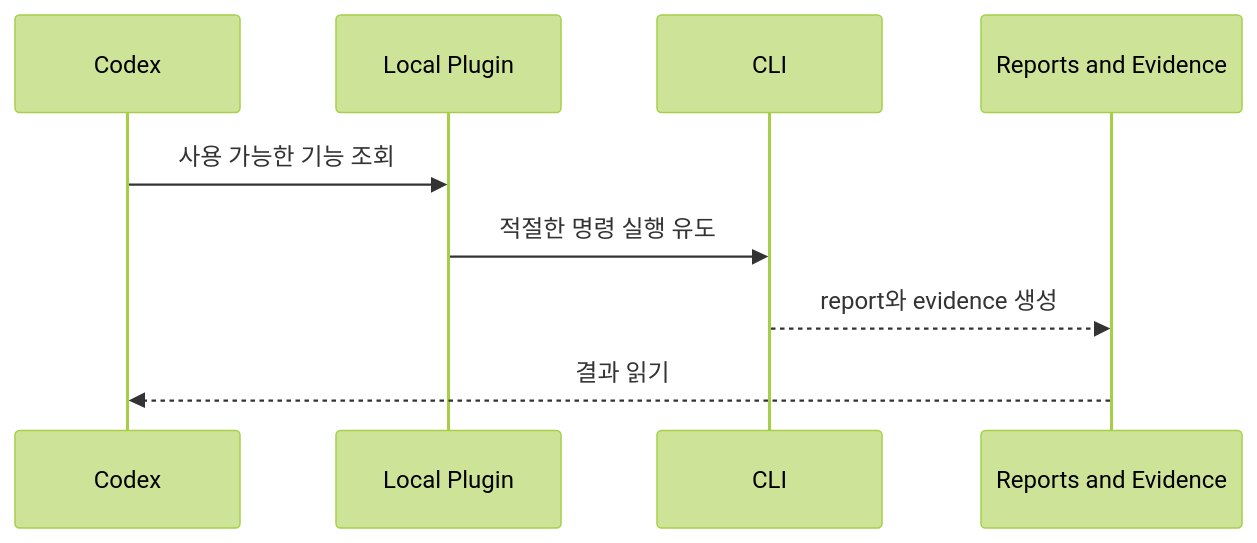
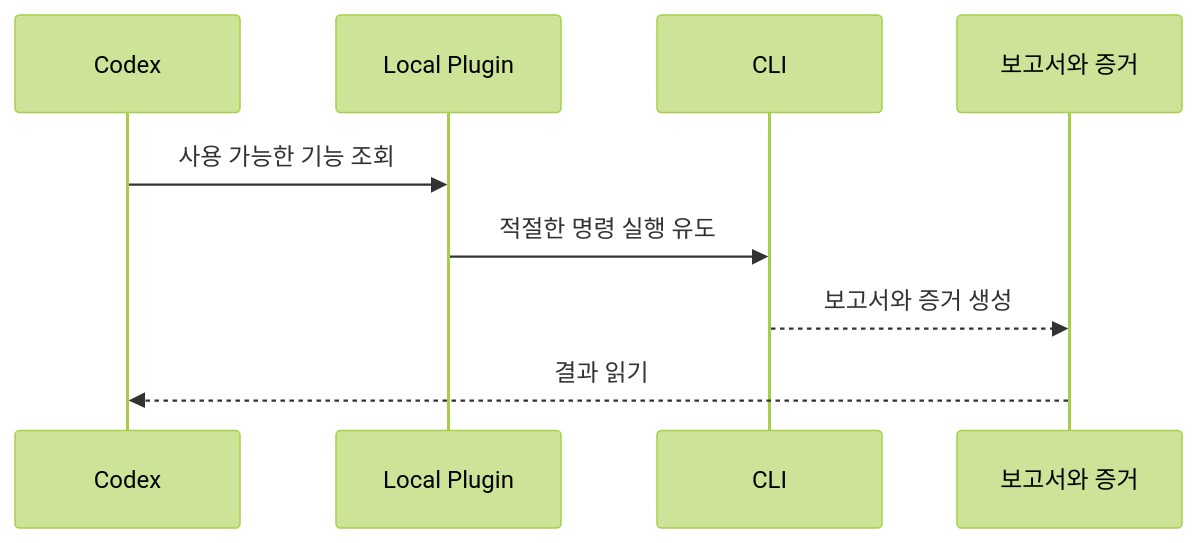
One commit to koalav/present-anyything changed diagram 11 of 19 in content/decks/codex-deeplink-audit-guide/source.md. Above: the diagram before and after it, drawn with Mermaid (forest theme). The commit also changed other lines of this file and 26 other files, not shown here.

````diff
--- a/content/decks/codex-deeplink-audit-guide/source.md
+++ b/content/decks/codex-deeplink-audit-guide/source.md
@@ -229,12 +229,12 @@
 ```mermaid
 sequenceDiagram
     participant Codex as Codex
     participant Plugin as Local Plugin
     participant CLI as CLI
-    participant Files as Reports and Evidence
+    participant Files as 보고서와 증거
 
     Codex->>Plugin: 사용 가능한 기능 조회
     Plugin->>CLI: 적절한 명령 실행 유도
-    CLI-->>Files: report와 evidence 생성
+    CLI-->>Files: 보고서와 증거 생성
     Files-->>Codex: 결과 읽기
 ```
````
